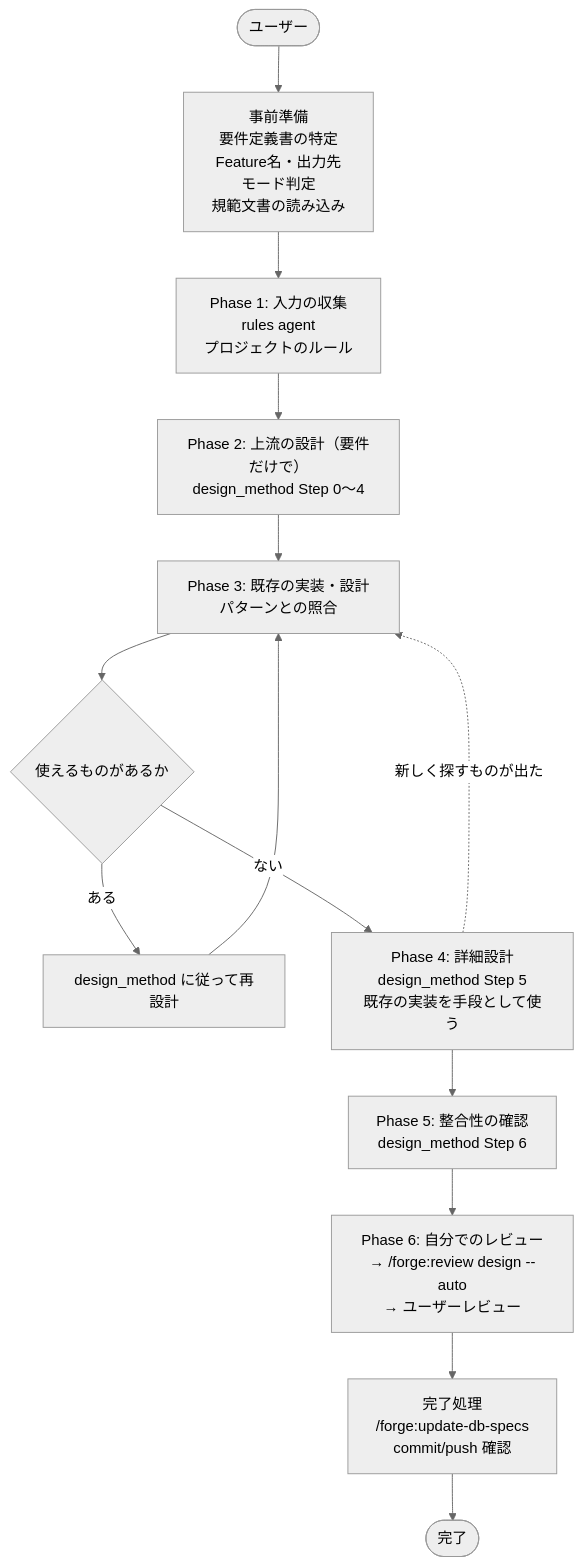
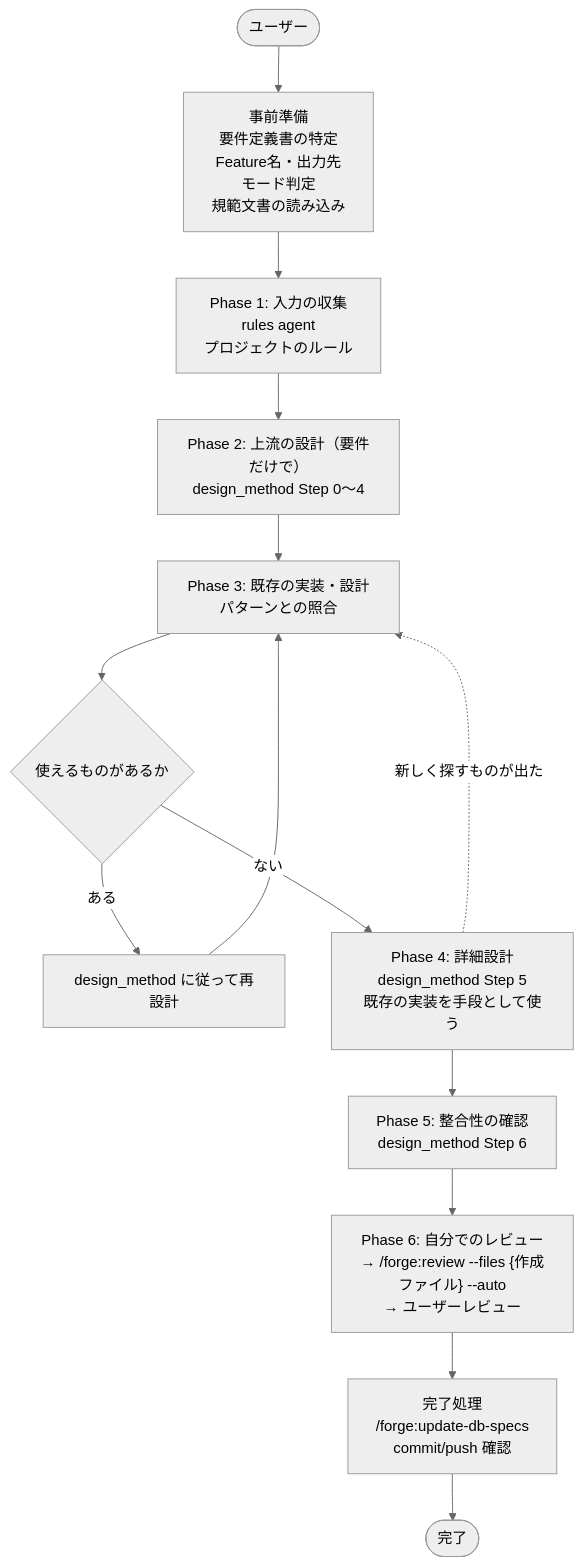
The diagram in docs/specs/forge/design/DES-018_create_design_workflow_design.md (BlueEventHorizon/bw-cc-plugins), drawn with Mermaid (neutral theme) before and after one commit. The commit also changed other lines of this file and 26 other files, not shown here.

First line of the commit message:
feat(forge): review 周辺の仕様・SKILL・doc-structure を現行に合わせ、旧仕様を merge する

````diff
--- a/docs/specs/forge/design/DES-018_create_design_workflow_design.md
+++ b/docs/specs/forge/design/DES-018_create_design_workflow_design.md
@@ -14,26 +14,26 @@
 ```mermaid
 flowchart TD
     User([ユーザー]) --> PREREQ
 
     PREREQ["事前準備<br>要件定義書の特定<br>Feature名・出力先<br>モード判定<br>規範文書の読み込み"] --> COLLECT
 
     COLLECT["Phase 1: 入力の収集<br>rules agent<br>プロジェクトのルール"]
 
     COLLECT --> DESIGN
 
     DESIGN["Phase 2: 上流の設計（要件だけで）<br>design_method Step 0〜4"] --> MATCH
 
     MATCH["Phase 3: 既存の実装・設計パターンとの照合"] --> FOUND{使えるものがあるか}
     FOUND -->|"ある"| REDESIGN["design_method に従って再設計"]
     REDESIGN --> MATCH
     FOUND -->|"ない"| DETAIL
 
     DETAIL["Phase 4: 詳細設計<br>design_method Step 5<br>既存の実装を手段として使う"] --> CHECK
     DETAIL -.->|"新しく探すものが出た"| MATCH
 
     CHECK["Phase 5: 整合性の確認<br>design_method Step 6"] --> REVIEW
 
-    REVIEW["Phase 6: 自分でのレビュー<br>→ /forge:review design --auto<br>→ ユーザーレビュー"] --> FINISH
+    REVIEW["Phase 6: 自分でのレビュー<br>→ /forge:review --files {作成ファイル} --auto<br>→ ユーザーレビュー"] --> FINISH
 
     FINISH["完了処理<br>/forge:update-db-specs<br>commit/push 確認"] --> Done([完了])
 ```
````
